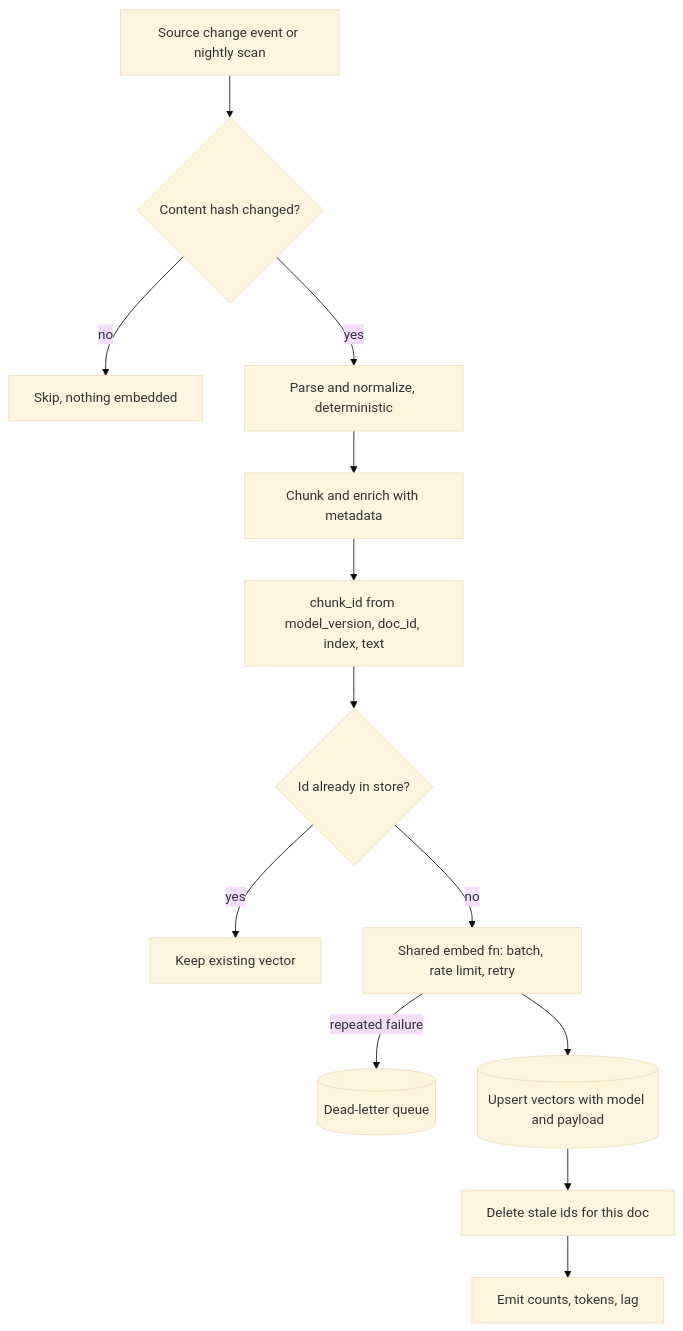
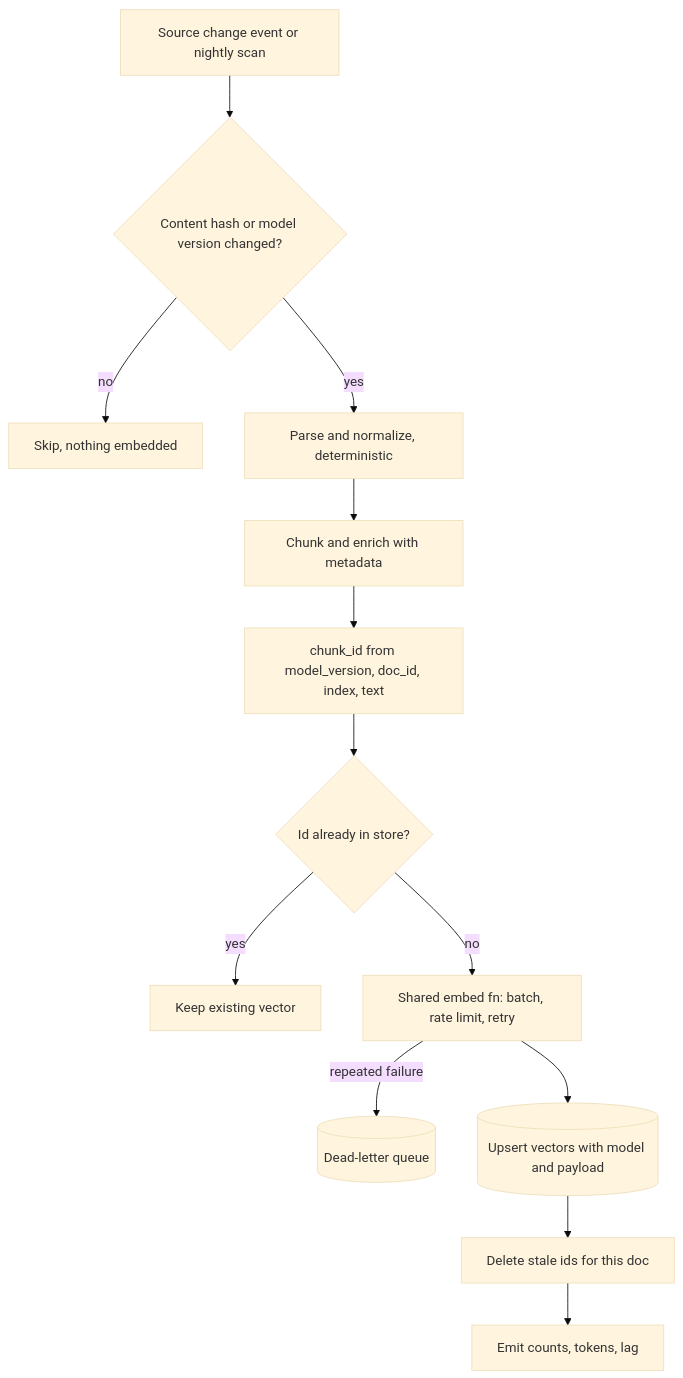
Before and after one commit to lovishmahajan97/agentic-learning: the diagram in content/rag-retrieval/embedding-pipelines.md, drawn with Mermaid (base theme). The commit also changed other lines of this file and 278 other files, not shown here.

````diff
--- a/content/rag-retrieval/embedding-pipelines.md
+++ b/content/rag-retrieval/embedding-pipelines.md
@@ -118,15 +121,15 @@
 ```mermaid
 flowchart TD
-    S["Source change event or nightly scan"] --> H{"Content hash changed?"}
+    S["Source change event or nightly scan"] --> H{"Content hash or model version changed?"}
     H -->|"no"| SKIP["Skip, nothing embedded"]
     H -->|"yes"| P["Parse and normalize, deterministic"]
     P --> C["Chunk and enrich with metadata"]
     C --> ID["chunk_id from model_version, doc_id, index, text"]
     ID --> DIFF{"Id already in store?"}
     DIFF -->|"yes"| KEEP["Keep existing vector"]
     DIFF -->|"no"| EMB["Shared embed fn: batch, rate limit, retry"]
     EMB -->|"repeated failure"| DLQ[("Dead-letter queue")]
     EMB --> UP[("Upsert vectors with model and payload")]
     UP --> DEL["Delete stale ids for this doc"]
     DEL --> OBS["Emit counts, tokens, lag"]
 ```
````
